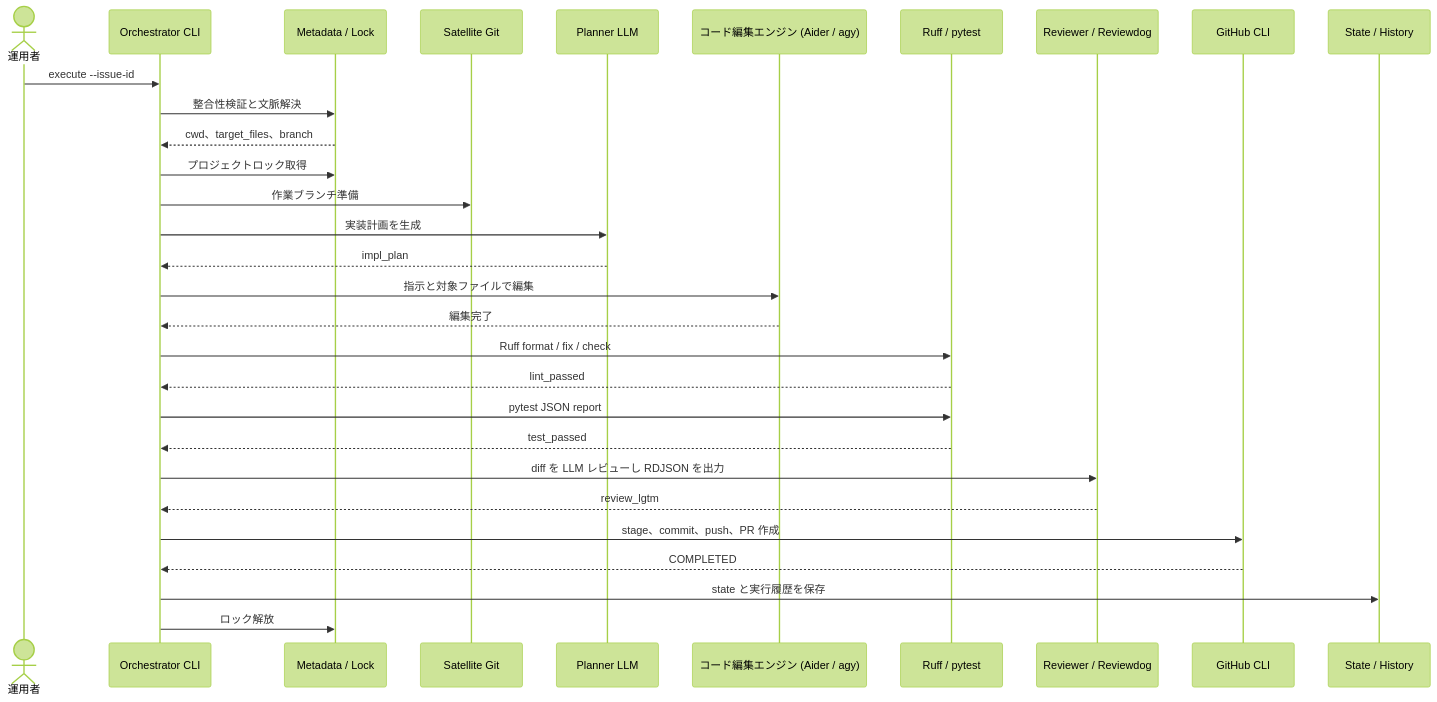
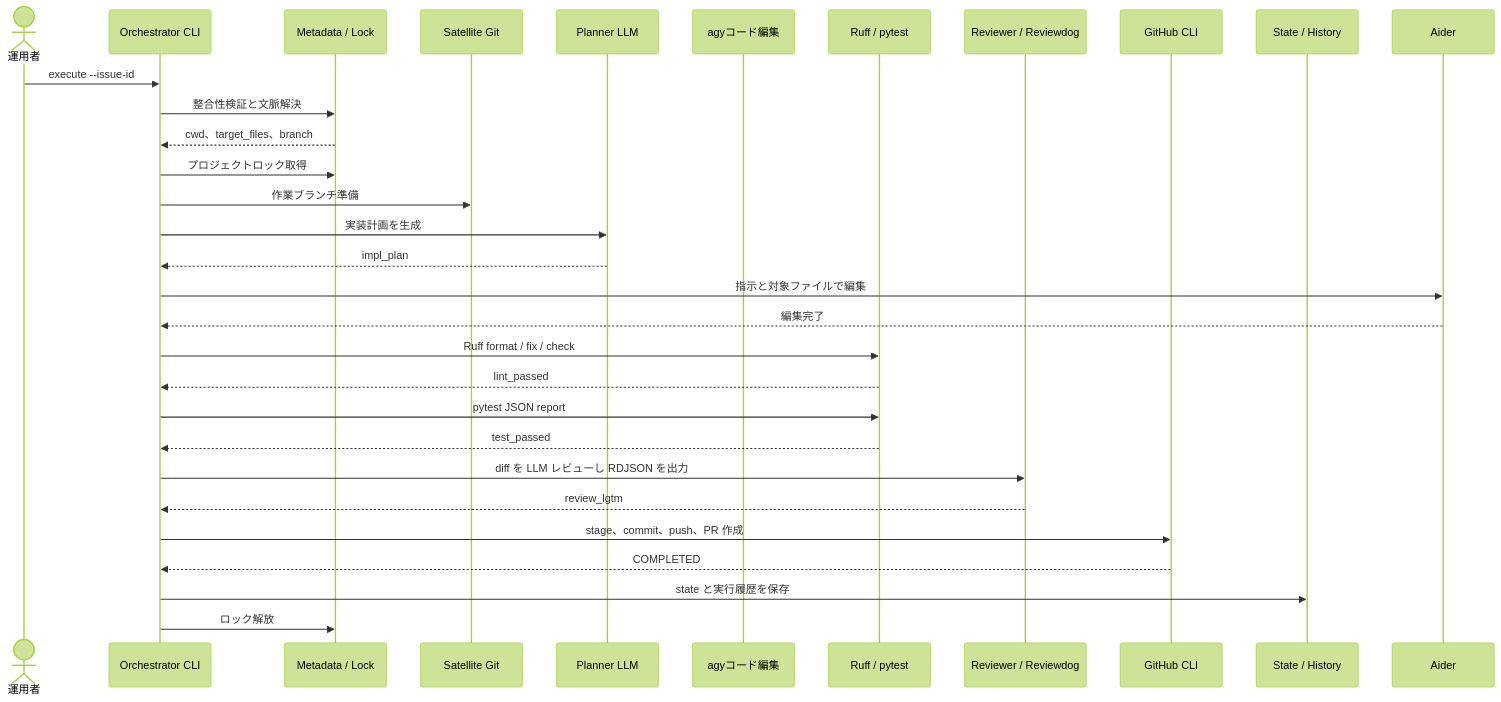
The second of 3 diagrams in docs/design/SBOS-DD-003_詳細設計書.md (xzyozi/second-brain-graph), drawn with Mermaid (forest theme) before and after one commit. The commit also changed other lines of this file and 6 other files, not shown here.

````diff
--- a/docs/design/SBOS-DD-003_詳細設計書.md
+++ b/docs/design/SBOS-DD-003_詳細設計書.md
@@ -166,33 +160,33 @@
 ```mermaid
 sequenceDiagram
     actor Operator as 運用者
     participant CLI as Orchestrator CLI
     participant Meta as Metadata / Lock
     participant Git as Satellite Git
     participant Plan as Planner LLM
-    participant Aider as コード編集エンジン (Aider / agy)
+    participant Agy as agyコード編集
     participant Quality as Ruff / pytest
     participant Review as Reviewer / Reviewdog
     participant PR as GitHub CLI
     participant Audit as State / History
 
     Operator->>CLI: execute --issue-id
     CLI->>Meta: 整合性検証と文脈解決
     Meta-->>CLI: cwd、target_files、branch
     CLI->>Meta: プロジェクトロック取得
     CLI->>Git: 作業ブランチ準備
     CLI->>Plan: 実装計画を生成
     Plan-->>CLI: impl_plan
     CLI->>Aider: 指示と対象ファイルで編集
     Aider-->>CLI: 編集完了
     CLI->>Quality: Ruff format / fix / check
     Quality-->>CLI: lint_passed
     CLI->>Quality: pytest JSON report
     Quality-->>CLI: test_passed
     CLI->>Review: diff を LLM レビューし RDJSON を出力
     Review-->>CLI: review_lgtm
     CLI->>PR: stage、commit、push、PR 作成
     PR-->>CLI: COMPLETED
     CLI->>Audit: state と実行履歴を保存
     CLI->>Meta: ロック解放
 ```
````
